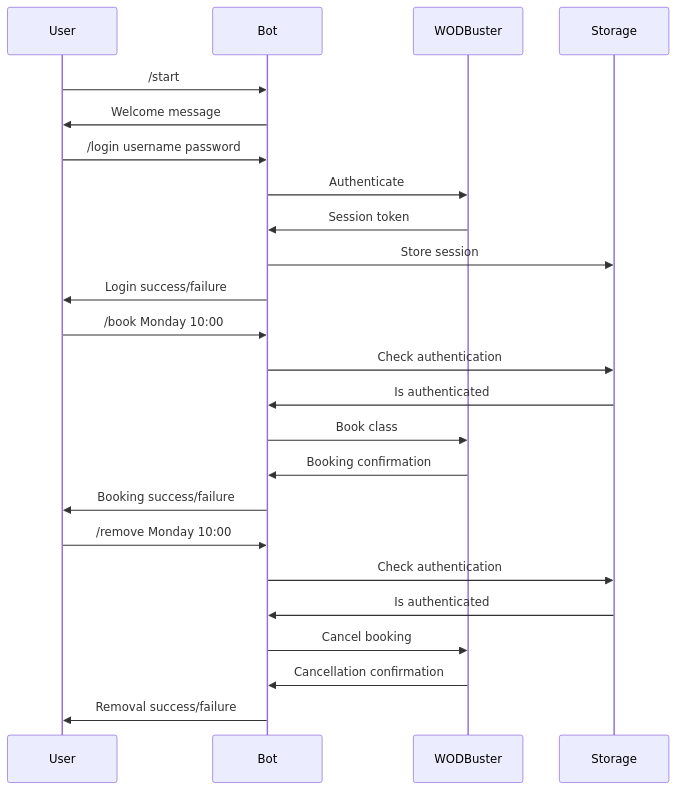
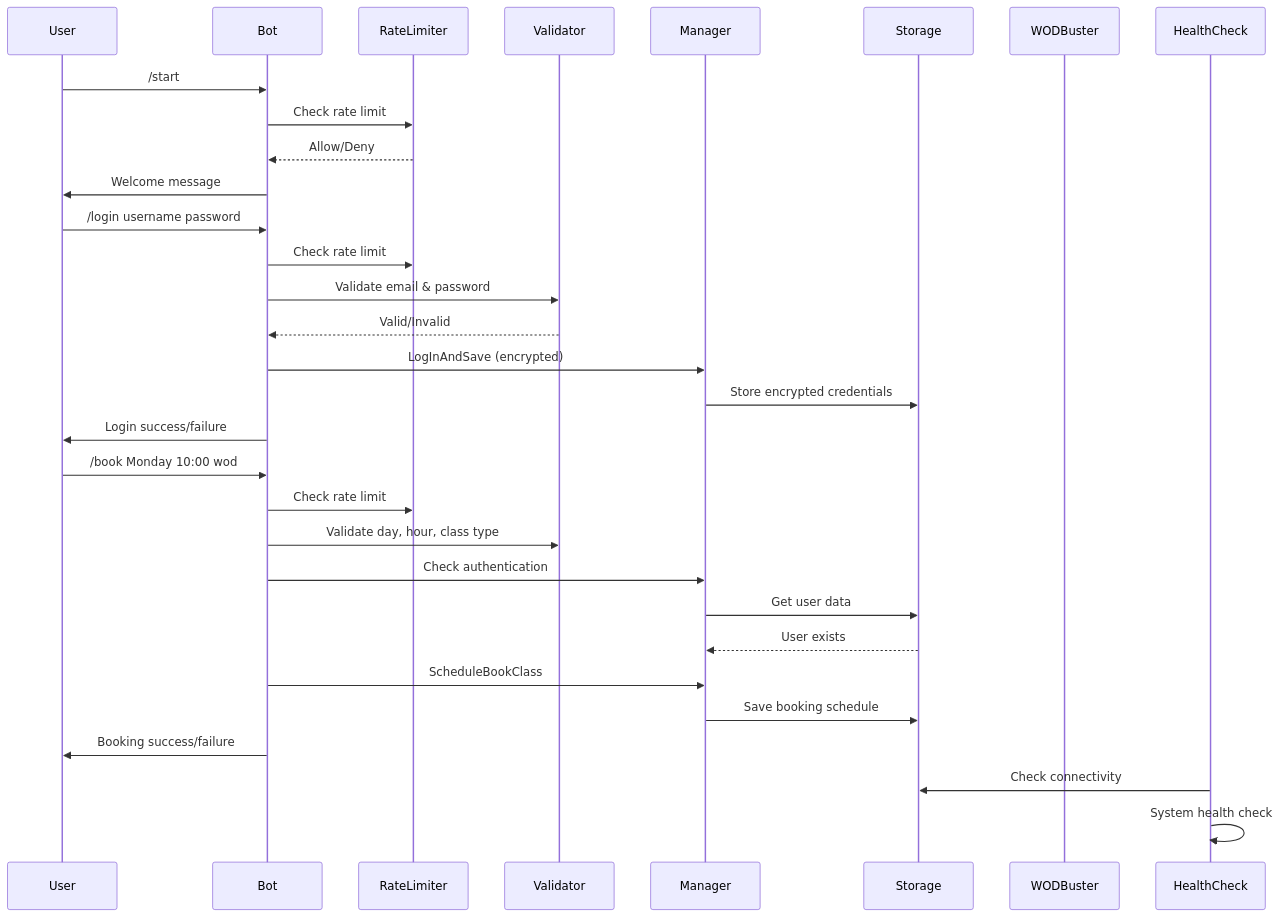
One commit to MihaiLupoiu/wodbuster-bot changed the diagram in README.md. Above: the diagram before and after it, drawn with Mermaid. The commit also changed other lines of this file and 13 other files, not shown here.

First line of the commit message:
feat: Enhance security and reliability features in WODBuster bot

````diff
--- a/README.md
+++ b/README.md
@@ -27,30 +38,37 @@
 ```mermaid
 sequenceDiagram
     participant User
     participant Bot
+    participant RateLimiter
+    participant Validator
+    participant Manager
+    participant Storage
     participant WODBuster
-    participant Storage
+    participant HealthCheck
 
     User->>Bot: /start
+    Bot->>RateLimiter: Check rate limit
+    RateLimiter-->>Bot: Allow/Deny
     Bot->>User: Welcome message
 
     User->>Bot: /login username password
-    Bot->>WODBuster: Authenticate
-    WODBuster->>Bot: Session token
-    Bot->>Storage: Store session
+    Bot->>RateLimiter: Check rate limit
+    Bot->>Validator: Validate email & password
+    Validator-->>Bot: Valid/Invalid
+    Bot->>Manager: LogInAndSave (encrypted)
+    Manager->>Storage: Store encrypted credentials
     Bot->>User: Login success/failure
 
-    User->>Bot: /book Monday 10:00
-    Bot->>Storage: Check authentication
-    Storage->>Bot: Is authenticated
-    Bot->>WODBuster: Book class
-    WODBuster->>Bot: Booking confirmation
+    User->>Bot: /book Monday 10:00 wod
+    Bot->>RateLimiter: Check rate limit
+    Bot->>Validator: Validate day, hour, class type
+    Bot->>Manager: Check authentication
+    Manager->>Storage: Get user data
+    Storage-->>Manager: User exists
+    Bot->>Manager: ScheduleBookClass
+    Manager->>Storage: Save booking schedule
     Bot->>User: Booking success/failure
 
-    User->>Bot: /remove Monday 10:00
-    Bot->>Storage: Check authentication
-    Storage->>Bot: Is authenticated
-    Bot->>WODBuster: Cancel booking
-    WODBuster->>Bot: Cancellation confirmation
-    Bot->>User: Removal success/failure
+    HealthCheck->>Storage: Check connectivity
+    HealthCheck->>HealthCheck: System health check
 ```
````
